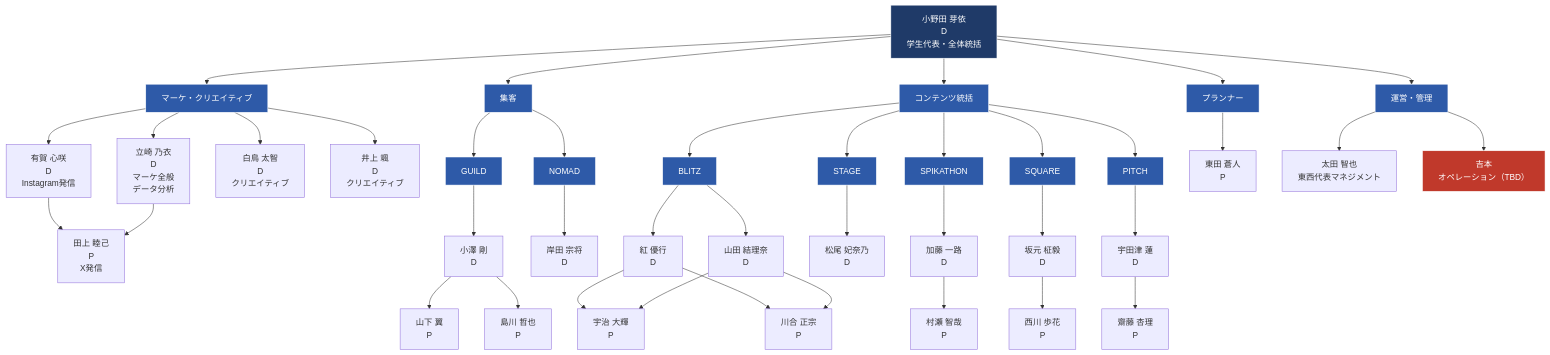
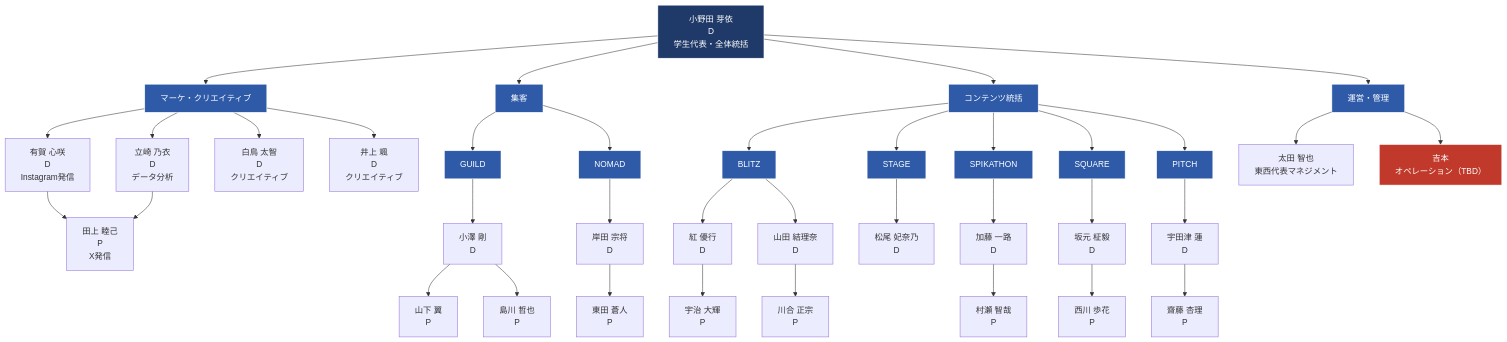
One commit to liofval/spikes_hr changed the second of 3 diagrams in spikes-org-chart.md. Above: the diagram before and after it, drawn with Mermaid. The commit also changed other lines of this file and 1 other file, not shown here.

Commit message:
組織図: 構造整理（BLITZ1対1化・東田を岸田配下へ・立崎の担当修正）

````diff
--- a/spikes-org-chart.md
+++ b/spikes-org-chart.md
@@ -25,62 +25,57 @@
 ```mermaid
 graph TD
     Onoda["小野田 芽依<br/>D<br/>学生代表・全体統括"]
 
     Onoda --> MktHQ["マーケ・クリエイティブ"]
     Onoda --> PromoHQ["集客"]
     Onoda --> ContentHQ["コンテンツ統括"]
-    Onoda --> PlannerHQ["プランナー"]
     Onoda --> OpsHQ["運営・管理"]
 
     %% マーケ・クリエイティブ
     MktHQ --> Aruga["有賀 心咲<br/>D<br/>Instagram発信"]
-    MktHQ --> Tatsuzaki["立崎 乃衣<br/>D<br/>マーケ全般<br/>データ分析"]
+    MktHQ --> Tatsuzaki["立崎 乃衣<br/>D<br/>データ分析"]
     MktHQ --> Shiratori["白鳥 太智<br/>D<br/>クリエイティブ"]
     MktHQ --> Inoue["井上 颯<br/>D<br/>クリエイティブ"]
     Aruga --> Tagami["田上 睦己<br/>P<br/>X発信"]
     Tatsuzaki --> Tagami
 
     %% 集客
     PromoHQ --> GUILD["GUILD"]
     PromoHQ --> NOMAD["NOMAD"]
     GUILD --> Ozawa["小澤 剛<br/>D"]
     Ozawa --> Yamashita["山下 翼<br/>P"]
     Ozawa --> Shimakawa["島川 哲也<br/>P"]
     NOMAD --> Kishida["岸田 宗将<br/>D"]
+    Kishida --> Azumada["東田 蒼人<br/>P"]
 
     %% コンテンツ
     ContentHQ --> BLITZ["BLITZ"]
     ContentHQ --> STAGE["STAGE"]
     ContentHQ --> SPIKATHON["SPIKATHON"]
     ContentHQ --> SQUARE["SQUARE"]
     ContentHQ --> PITCH["PITCH"]
     BLITZ --> Kurenai["紅 優行<br/>D"]
     BLITZ --> Yamada["山田 結理奈<br/>D"]
     Kurenai --> Uji["宇治 大輝<br/>P"]
-    Yamada --> Uji
-    Kurenai --> Kawai["川合 正宗<br/>P"]
-    Yamada --> Kawai
+    Yamada --> Kawai["川合 正宗<br/>P"]
     STAGE --> Matsuo["松尾 妃奈乃<br/>D"]
     SPIKATHON --> Kato["加藤 一路<br/>D"]
     Kato --> Murase["村瀬 智哉<br/>P"]
     SQUARE --> Sakamoto["坂元 柾毅<br/>D"]
     Sakamoto --> Nishikawa["西川 歩花<br/>P"]
     PITCH --> Udatsu["宇田津 蓮<br/>D"]
     Udatsu --> Saito["齋藤 杏理<br/>P"]
-
-    %% プランナー
-    PlannerHQ --> Azumada["東田 蒼人<br/>P"]
 
     %% 運営・管理
     OpsHQ --> Ota["太田 智也<br/>東西代表マネジメント"]
     OpsHQ --> Yoshimoto["吉本<br/>オペレーション（TBD）"]
 
     classDef head fill:#1f3a68,stroke:#fff,color:#fff;
     classDef group fill:#2e5aa8,stroke:#fff,color:#fff;
     classDef tbd fill:#c0392b,stroke:#fff,color:#fff;
     class Onoda head;
-    class MktHQ,PromoHQ,ContentHQ,OpsHQ,PlannerHQ group;
+    class MktHQ,PromoHQ,ContentHQ,OpsHQ group;
     class BLITZ,STAGE,SPIKATHON,SQUARE,PITCH group;
     class GUILD,NOMAD group;
     class Yoshimoto tbd;
 ```
````
